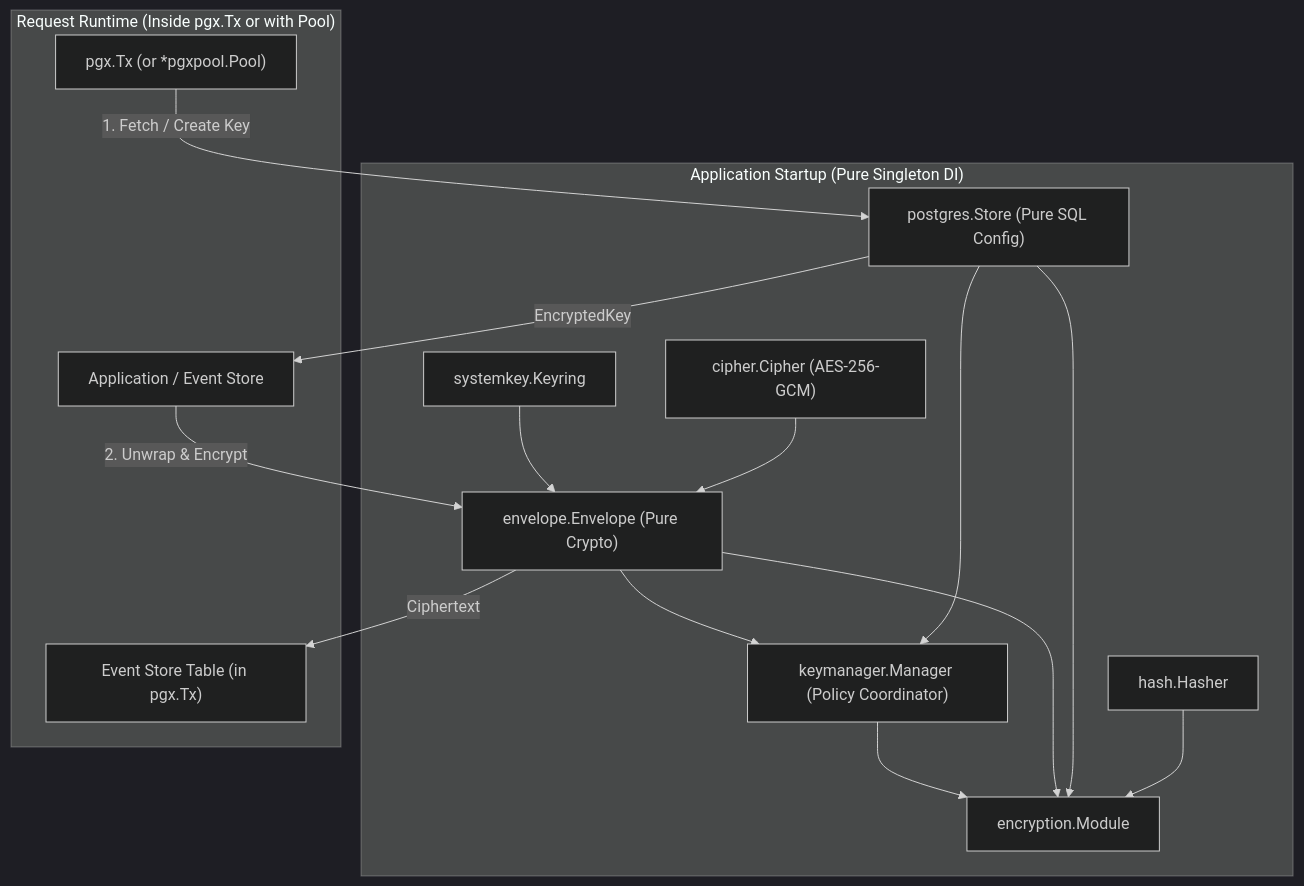
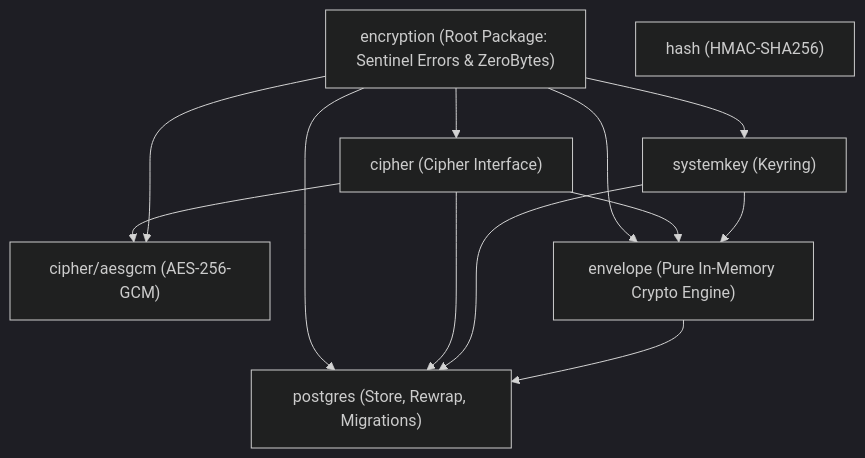
Before and after one commit to eventsalsa/encryption: the diagram in .agents/history/2026-08-31-stateless-keystore-decoupled-crypto/implementation_plan.md, drawn with Mermaid (dark theme). The commit also changed other lines of this file, not shown here.

````diff
--- a/.agents/history/2026-08-31-stateless-keystore-decoupled-crypto/implementation_plan.md
+++ b/.agents/history/2026-08-31-stateless-keystore-decoupled-crypto/implementation_plan.md
@@ -18,24 +74,16 @@
 ```mermaid
 flowchart TD
-    subgraph AppStartup ["Application Startup (Pure Singleton DI)"]
-        KR["systemkey.Keyring"]
-        CP["cipher.Cipher (AES-256-GCM)"]
-        ENV["envelope.Envelope (Pure Crypto)"]
-        ST["postgres.Store (Pure SQL Config)"]
-        KM["keymanager.Manager (Policy Coordinator)"]
-        H["hash.Hasher"]
-        
-        KR & CP --> ENV
-        ENV & ST --> KM
-        KM & ENV & ST & H --> MOD["encryption.Module"]
-    end
+    ROOT["encryption (Root Package: Sentinel Errors & ZeroBytes)"]
+    CIPHER["cipher (Cipher Interface)"]
+    AESGCM["cipher/aesgcm (AES-256-GCM)"]
+    SYSKEY["systemkey (Keyring)"]
+    HASH["hash (HMAC-SHA256)"]
+    ENV["envelope (Pure In-Memory Crypto Engine)"]
+    PG["postgres (Store, Rewrap, Migrations)"]
 
-    subgraph Runtime ["Request Runtime (Inside pgx.Tx or with Pool)"]
-        TX["pgx.Tx (or *pgxpool.Pool)"]
-        
-        TX -->|"1. Fetch / Create Key"| ST
-        ST -->|"EncryptedKey"| APP["Application / Event Store"]
-        APP -->|"2. Unwrap & Encrypt"| ENV
-        ENV -->|"Ciphertext"| ES["Event Store Table (in pgx.Tx)"]
-    end
+    ROOT --> CIPHER
+    ROOT --> SYSKEY
+    CIPHER & ROOT --> AESGCM
+    ROOT & CIPHER & SYSKEY --> ENV
+    ROOT & CIPHER & SYSKEY & ENV --> PG
 ```
````
